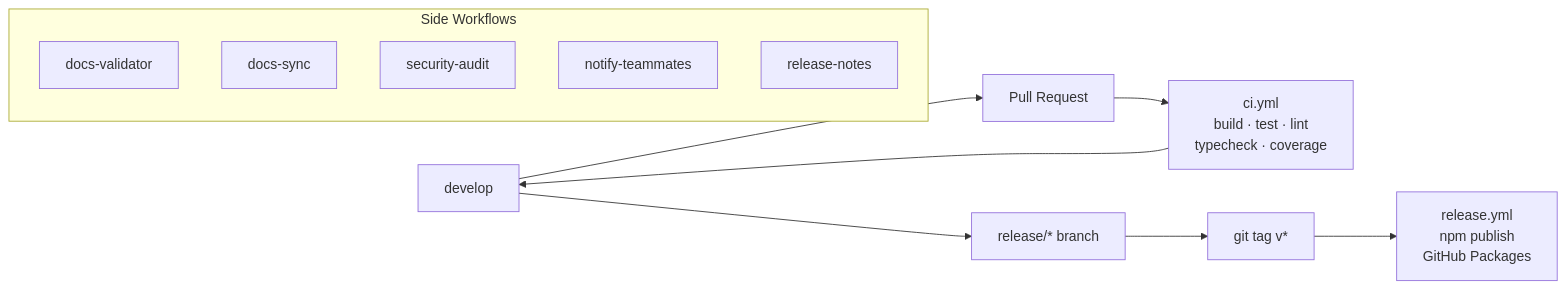
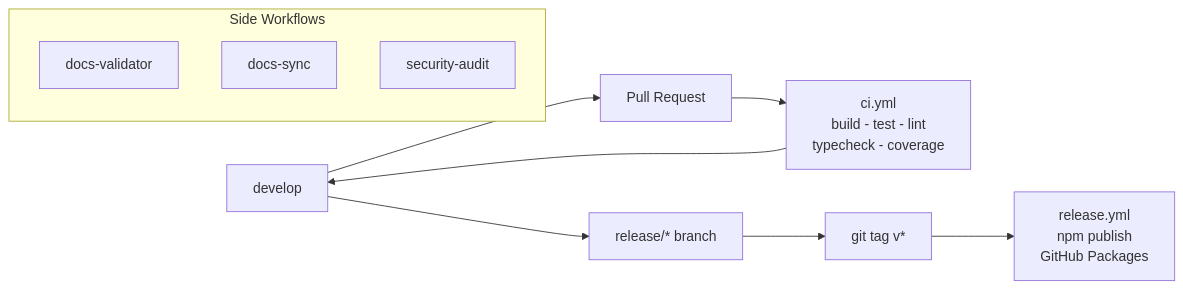
One commit to baekenough/oh-my-customcode changed the eighth of 8 diagrams in ARCHITECTURE.md. Above: the diagram before and after it, drawn with Mermaid. The commit also changed other lines of this file and 5 other files, not shown here.

First line of the commit message:
docs: rewrite README and ARCHITECTURE for v0.36.1

````diff
--- a/ARCHITECTURE.md
+++ b/ARCHITECTURE.md
@@ -320,18 +482,16 @@
 ```mermaid
 flowchart LR
     develop --> PR[Pull Request]
-    PR --> ci["ci.yml\nbuild · test · lint\ntypecheck · coverage"]
+    PR --> ci["ci.yml\nbuild - test - lint\ntypecheck - coverage"]
     ci --> develop
 
     develop --> rel["release/* branch"]
     rel --> tag["git tag v*"]
     tag --> release["release.yml\nnpm publish\nGitHub Packages"]
 
     subgraph Side Workflows
         docs-validator
         docs-sync
         security-audit
-        notify-teammates
-        release-notes
     end
 ```
````
